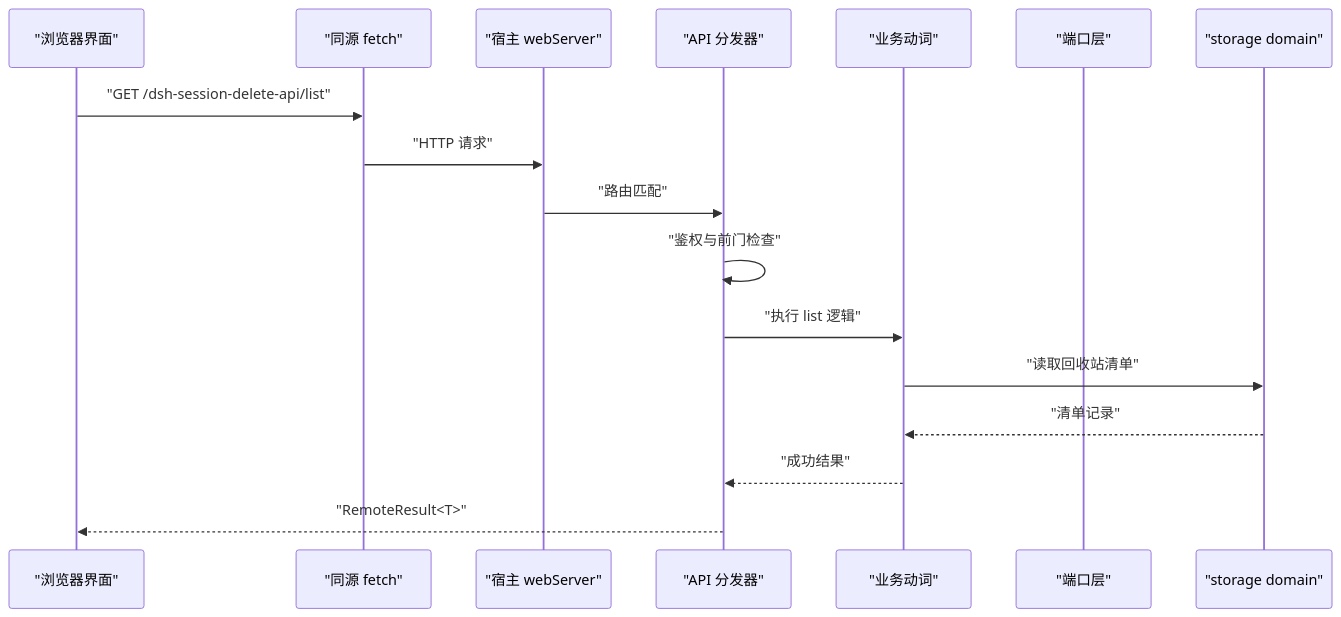
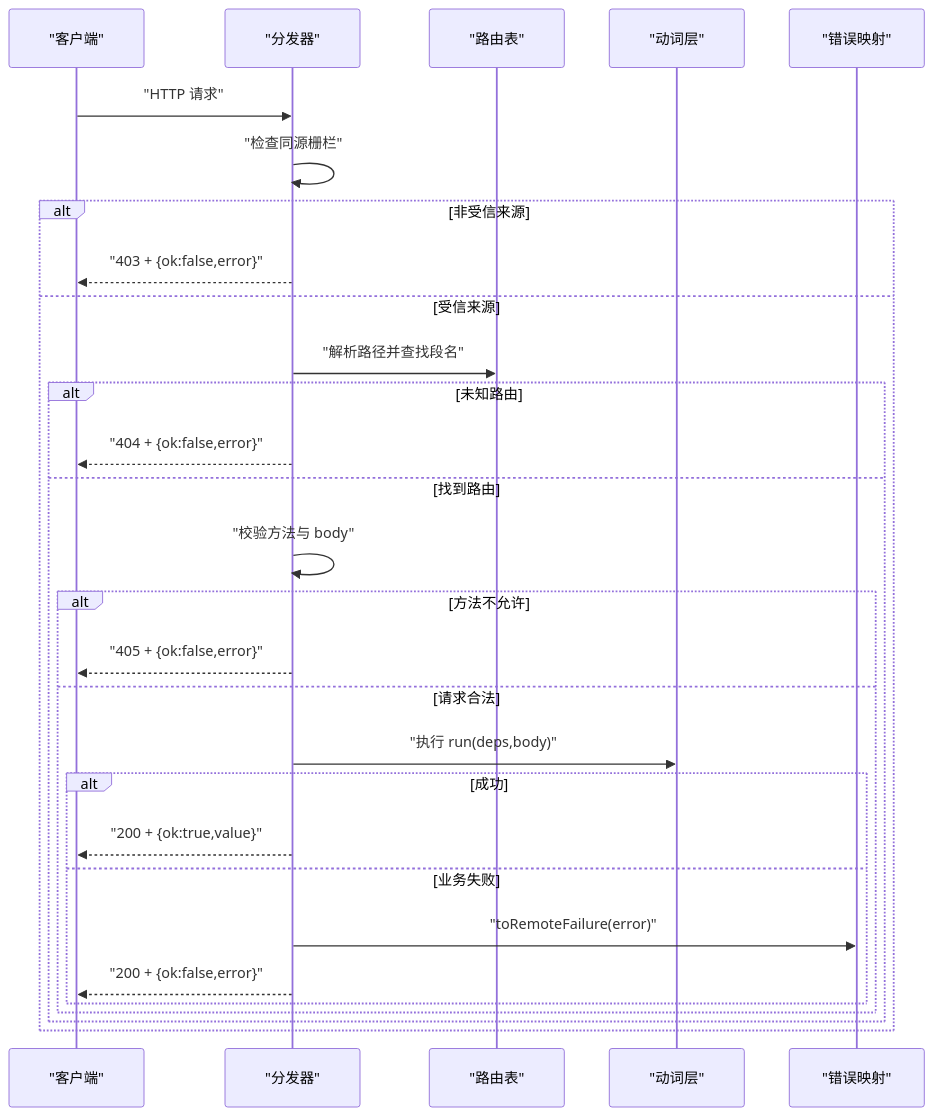
Before and after one commit to xrn1997/dsh-session-delete: the second of 3 diagrams in .qoder/repowiki/zh/content/API 参考/API 参考.md, drawn with Mermaid. The commit also changed other lines of this file and 67 other files, not shown here.

````diff
--- a/.qoder/repowiki/zh/content/API 参考/API 参考.md
+++ b/.qoder/repowiki/zh/content/API 参考/API 参考.md
@@ -109,20 +92,32 @@
 ```mermaid
 sequenceDiagram
-    participant UI as "浏览器界面"
-    participant Fetch as "同源 fetch"
-    participant WebServer as "宿主 webServer"
-    participant Dispatch as "API 分发器"
-    participant Verb as "业务动词"
-    participant Port as "端口层"
-    participant Store as "storage domain"
+    participant C as "客户端"
+    participant D as "分发器"
+    participant R as "路由表"
+    participant V as "动词层"
+    participant E as "错误映射"
 
-    UI->>Fetch: "GET /dsh-session-delete-api/list"
-    Fetch->>WebServer: "HTTP 请求"
-    WebServer->>Dispatch: "路由匹配"
-    Dispatch->>Dispatch: "鉴权与前门检查"
-    Dispatch->>Verb: "执行 list 逻辑"
-    Verb->>Store: "读取回收站清单"
-    Store-->>Verb: "清单记录"
-    Verb-->>Dispatch: "成功结果"
-    Dispatch-->>UI: "RemoteResult<T>"
+    C->>D: "HTTP 请求"
+    D->>D: "检查同源栅栏"
+    alt 非受信来源
+        D-->>C: "403 + {ok:false,error}"
+    else 受信来源
+        D->>R: "解析路径并查找段名"
+        alt 未知路由
+            D-->>C: "404 + {ok:false,error}"
+        else 找到路由
+            D->>D: "校验方法与 body"
+            alt 方法不允许
+                D-->>C: "405 + {ok:false,error}"
+            else 请求合法
+                D->>V: "执行 run(deps,body)"
+                alt 成功
+                    D-->>C: "200 + {ok:true,value}"
+                else 业务失败
+                    D->>E: "toRemoteFailure(error)"
+                    D-->>C: "200 + {ok:false,error}"
+                end
+            end
+        end
+    end
 ```
````
